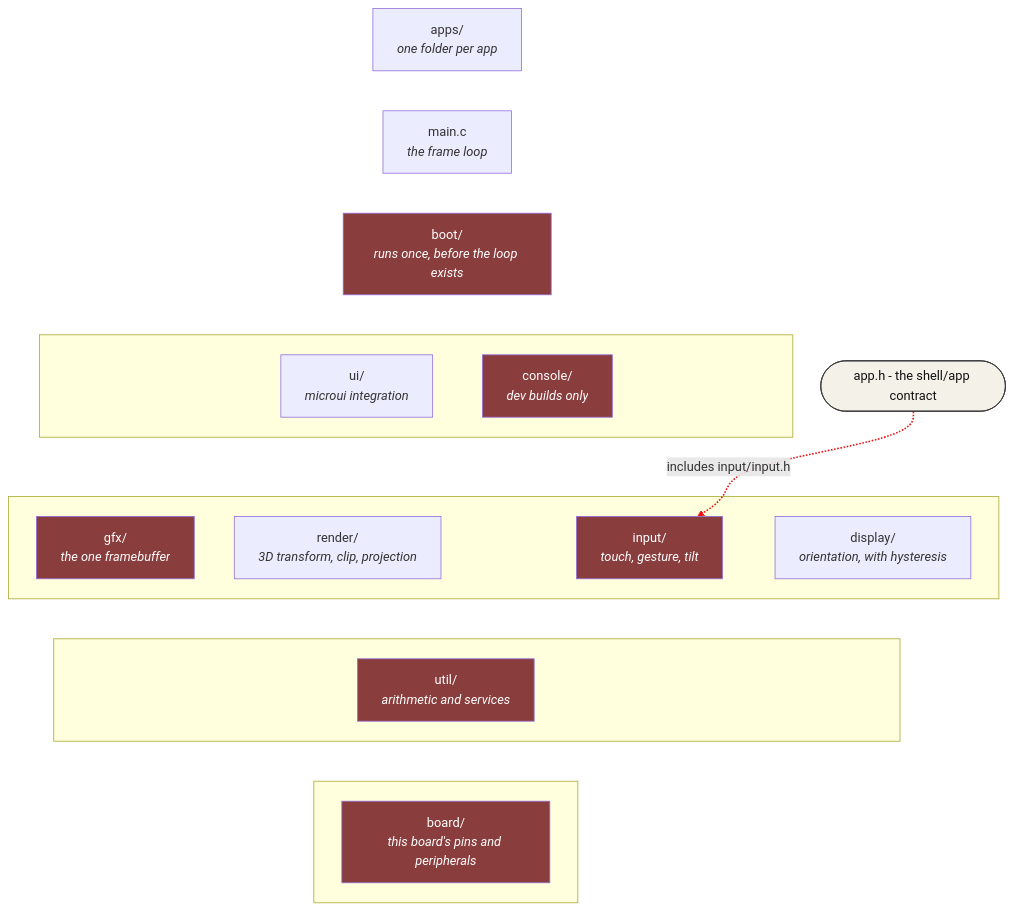
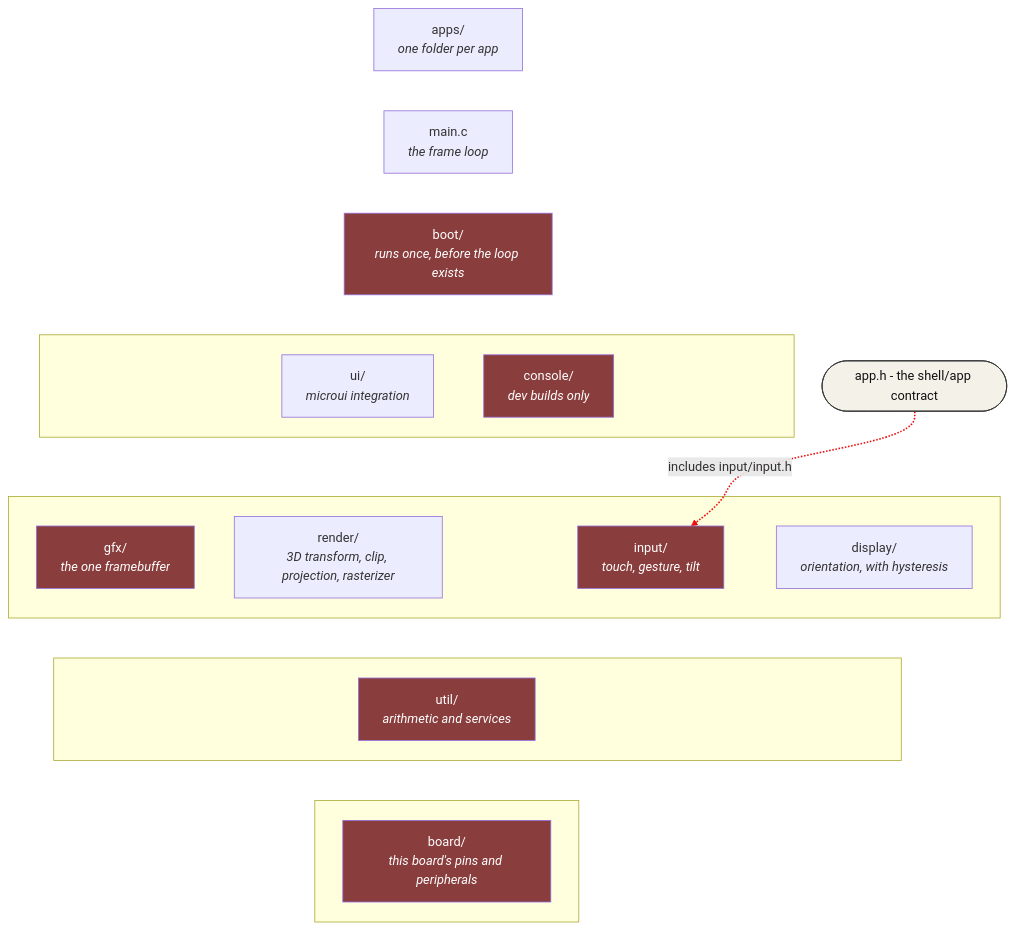
One commit to jose-villegas/autana changed the first of 4 diagrams in docs/Launcher-Architecture.md. Above: the diagram before and after it, drawn with Mermaid. The commit also changed other lines of this file and 3 other files, not shown here.

````diff
--- a/docs/Launcher-Architecture.md
+++ b/docs/Launcher-Architecture.md
@@ -240,51 +246,51 @@
 ```mermaid
 flowchart TB
     classDef hw fill:#8a3d3d,color:#fff
     classDef contract fill:#f4f1e8,stroke:#333,stroke-width:1px,color:#111
 
     Apps["apps/<br/><i>one folder per app</i>"]
     Main["main.c<br/><i>the frame loop</i>"]
     Contract(["app.h - the shell/app contract"]):::contract
     Boot["boot/<br/><i>runs once, before the loop exists</i>"]
 
     subgraph T4[" "]
         Ui["ui/<br/><i>microui integration</i>"]
         Console["console/<br/><i>dev builds only</i>"]
     end
     subgraph T5[" "]
         Gfx["gfx/<br/><i>the one framebuffer</i>"]
-        Render["render/<br/><i>3D transform, clip, projection</i>"]
+        Render["render/<br/><i>3D transform, clip, projection, rasterizer</i>"]
         Display["display/<br/><i>orientation, with hysteresis</i>"]
         Input["input/<br/><i>touch, gesture, tilt</i>"]
     end
     subgraph T6[" "]
         Util["util/<br/><i>arithmetic and services</i>"]
     end
     subgraph T7[" "]
         Board["board/<br/><i>this board's pins and peripherals</i>"]
     end
 
     Apps ~~~ Main ~~~ Boot
     Boot ~~~ Ui
     Boot ~~~ Console
     Ui ~~~ Gfx
     Ui ~~~ Render
     Ui ~~~ Input
     Ui ~~~ Display
     Console ~~~ Gfx
     Console ~~~ Render
     Console ~~~ Input
     Console ~~~ Display
     Gfx ~~~ Util
     Render ~~~ Util
     Input ~~~ Util
     Display ~~~ Util
     Util ~~~ Board
 
     class Boot,Gfx,Input,Console,Board,Util hw
 
     %% The contract edge is index 17; edges above it shift that index.
     Contract -.->|"includes input/input.h"| Input
 
     linkStyle 17 stroke:#e11,stroke-width:2px
 ```
````
